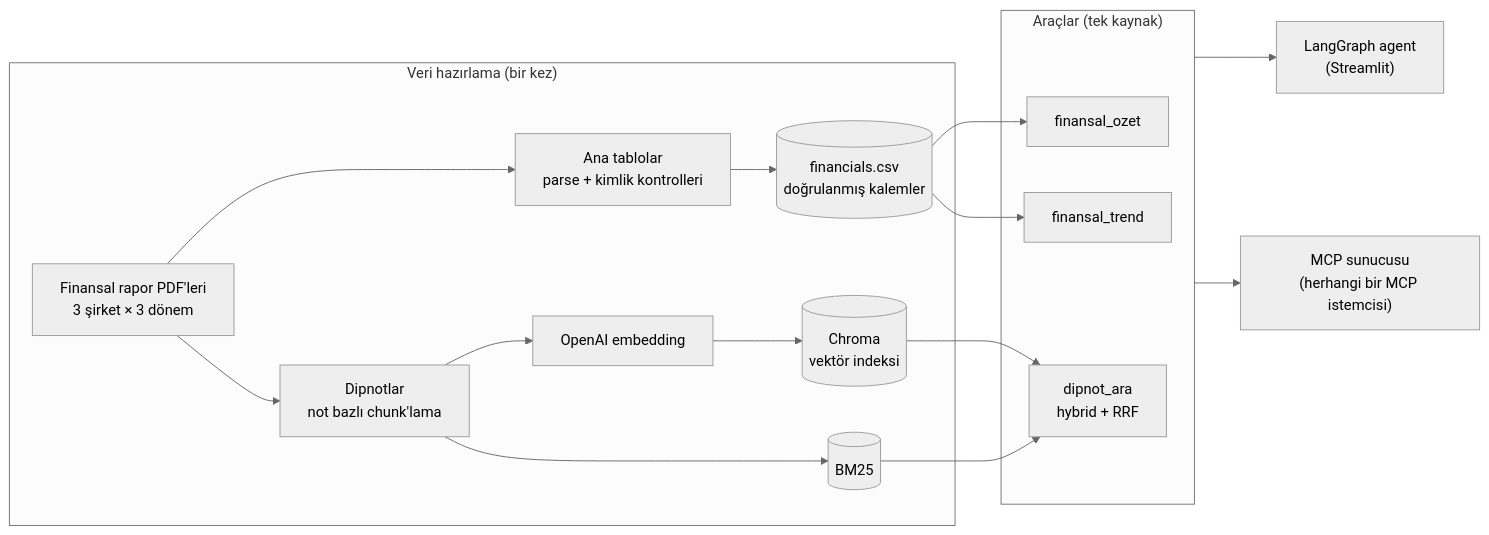
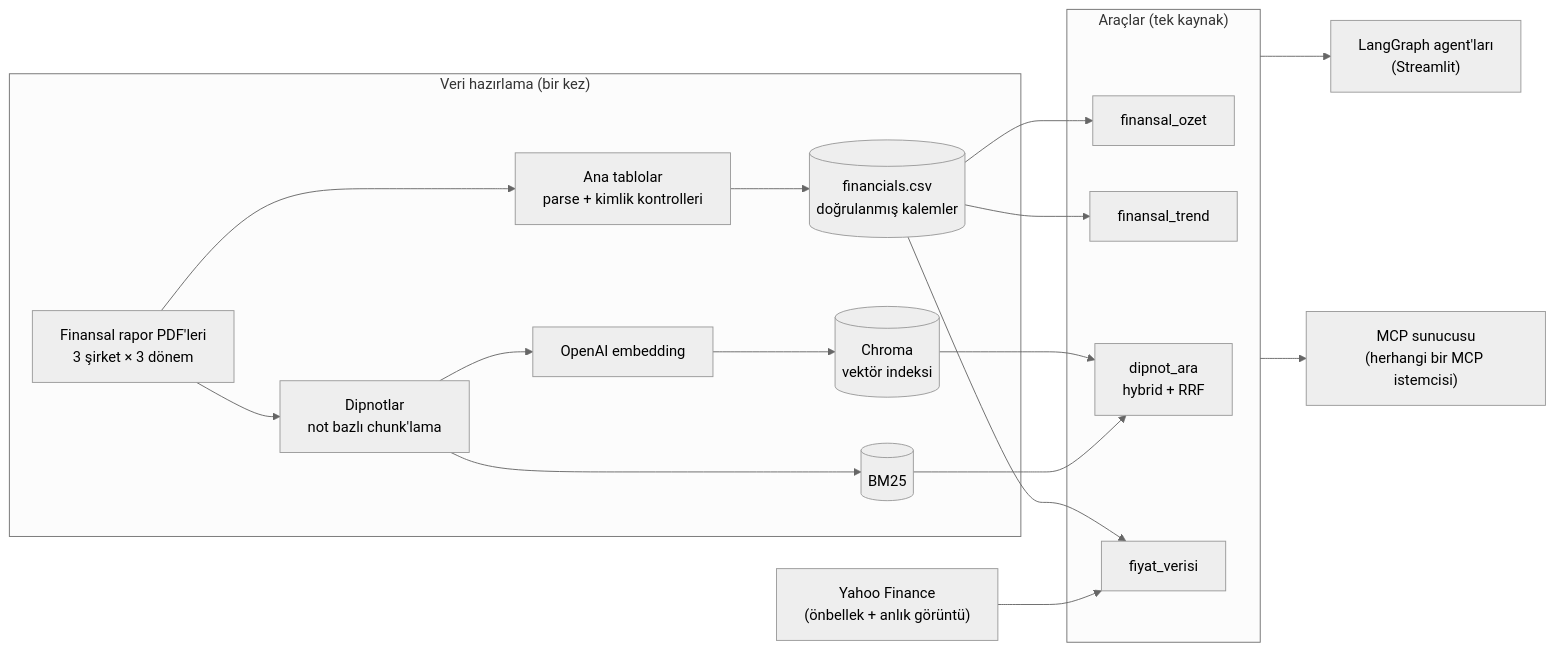
The first of 3 diagrams in README.md (tubakrc/mercek), drawn with Mermaid (neutral theme) before and after one commit. The commit also changed other lines of this file and 27 other files, not shown here.

Commit message:
Multi-agent modu, piyasa verisi, net kâr köprüsü, eval güncellemesi

````diff
--- a/README.md
+++ b/README.md
@@ -37,23 +38,27 @@
 ```mermaid
 flowchart LR
     subgraph Veri["Veri hazırlama (bir kez)"]
         PDF["Finansal rapor PDF'leri<br/>3 şirket × 3 dönem"] --> P1["Ana tablolar<br/>parse + kimlik kontrolleri"]
         PDF --> P2["Dipnotlar<br/>not bazlı chunk'lama"]
         P1 --> FIN[("financials.csv<br/>doğrulanmış kalemler")]
         P2 --> EMB["OpenAI embedding"] --> VDB[("Chroma<br/>vektör indeksi")]
         P2 --> BM[("BM25")]
     end
 
+    YF["Yahoo Finance<br/>(önbellek + anlık görüntü)"]
+
     subgraph Araclar["Araçlar (tek kaynak)"]
         T1["finansal_ozet"]
         T2["finansal_trend"]
         T3["dipnot_ara<br/>hybrid + RRF"]
+        T4["fiyat_verisi"]
     end
 
-    FIN --> T1 & T2
+    FIN --> T1 & T2 & T4
     VDB --> T3
     BM --> T3
+    YF --> T4
 
-    Araclar --> AG["LangGraph agent<br/>(Streamlit)"]
+    Araclar --> AG["LangGraph agent'ları<br/>(Streamlit)"]
     Araclar --> MCP["MCP sunucusu<br/>(herhangi bir MCP istemcisi)"]
 ```
````
